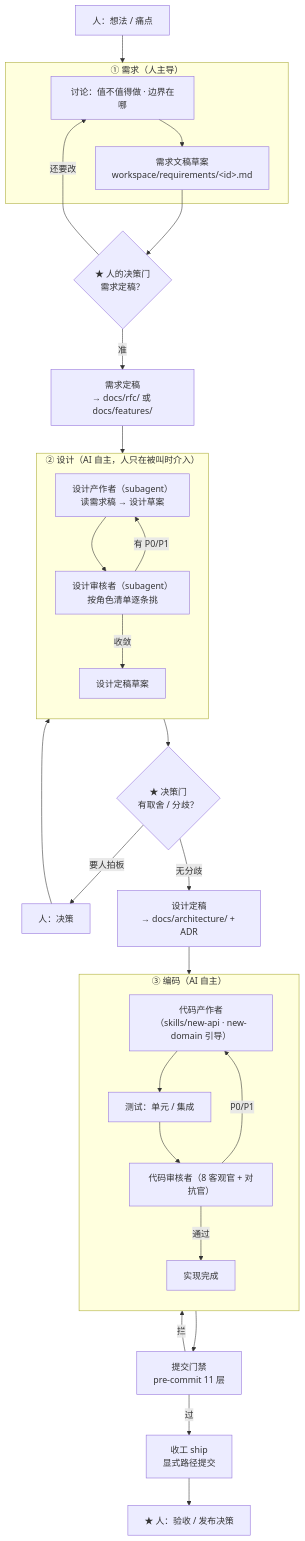
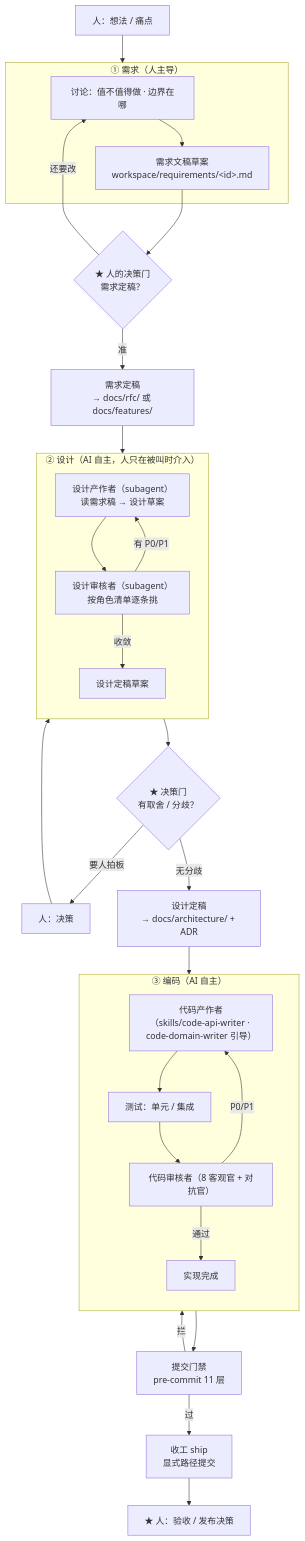
The seventh of 9 diagrams in docs/architecture/ai-context-engineering.md (adaios/adaios), drawn with Mermaid before and after one commit. The commit also changed other lines of this file and 26 other files, not shown here.

````diff
--- a/docs/architecture/ai-context-engineering.md
+++ b/docs/architecture/ai-context-engineering.md
@@ -233,47 +233,47 @@
 ```mermaid
 flowchart TD
     H0["人：想法 / 痛点"] --> P1
 
     subgraph P1["① 需求（人主导）"]
         D1["讨论：值不值得做 · 边界在哪"]
         D2["需求文稿草案<br/>workspace/requirements/&lt;id&gt;.md"]
         D1 --> D2
     end
 
     D2 --> G1{"★ 人的决策门<br/>需求定稿？"}
     G1 -->|"还要改"| D1
     G1 -->|"准"| R1["需求定稿<br/>→ docs/rfc/ 或 docs/features/"]
 
     R1 --> P2
 
     subgraph P2["② 设计（AI 自主，人只在被叫时介入）"]
         direction TB
         DA["设计产作者（subagent）<br/>读需求稿 → 设计草案"]
         DV["设计审核者（subagent）<br/>按角色清单逐条挑"]
         DA --> DV
         DV -->|"有 P0/P1"| DA
         DV -->|"收敛"| D3["设计定稿草案"]
     end
 
     D3 --> G2{"★ 决策门<br/>有取舍 / 分歧？"}
     G2 -->|"要人拍板"| H1["人：决策"]
     H1 --> DA
     G2 -->|"无分歧"| R2["设计定稿<br/>→ docs/architecture/ + ADR"]
 
     R2 --> P3
 
     subgraph P3["③ 编码（AI 自主）"]
         direction TB
-        CA["代码产作者<br/>（skills/new-api · new-domain 引导）"]
+        CA["代码产作者<br/>（skills/code-api-writer · code-domain-writer 引导）"]
         TS["测试：单元 / 集成"]
         CV["代码审核者（8 客观官 + 对抗官）"]
         CA --> TS --> CV
         CV -->|"P0/P1"| CA
         CV -->|"通过"| D4["实现完成"]
     end
 
     D4 --> G3["提交门禁<br/>pre-commit 11 层"]
     G3 -->|"拦"| CA
     G3 -->|"过"| S1["收工 ship<br/>显式路径提交"]
     S1 --> H2["★ 人：验收 / 发布决策"]
 ```
````
